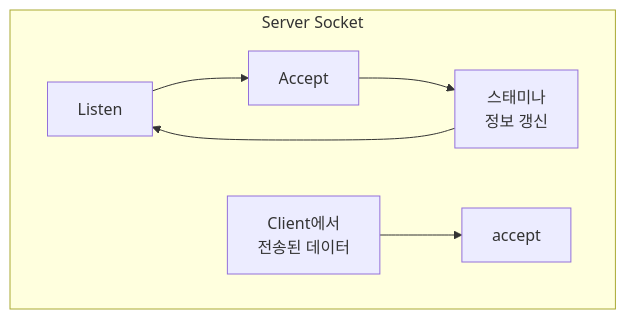
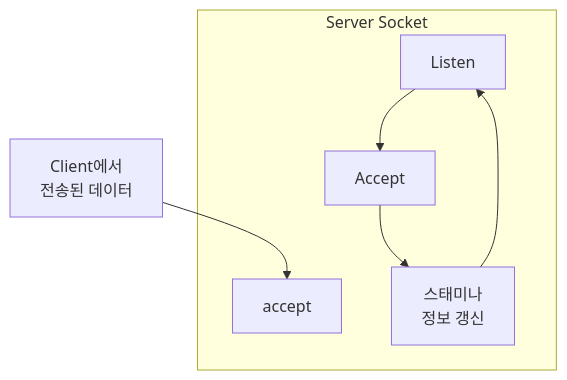
One commit to 201710808/Game-Stamina-Alarm changed the third of 3 diagrams in README.md. Above: the diagram before and after it, drawn with Mermaid.

````diff
--- a/README.md
+++ b/README.md
@@ -55,11 +55,11 @@
 ```mermaid
 graph TB;
-    data[Client에서\n전송된 데이터];
+    data[Client에서\n전송된 데이터]-->accept;
     subgraph Server Socket;
     Listen-->Accept;
     Accept-->stamina_sync[스태미나\n정보 갱신];
     stamina_sync-->Listen;
-    data-->accept;
+    accept;
     end;
     
 ```
````
